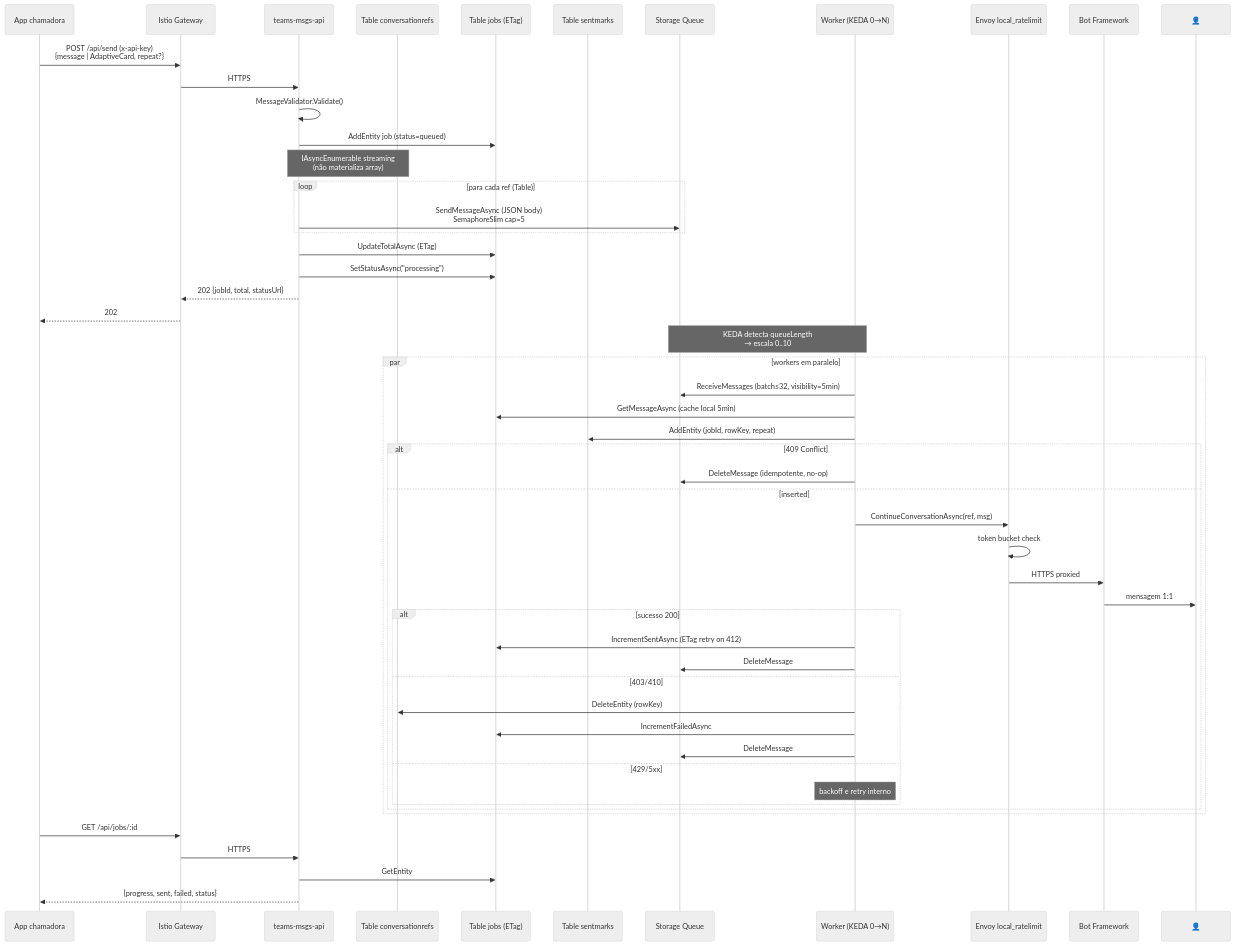
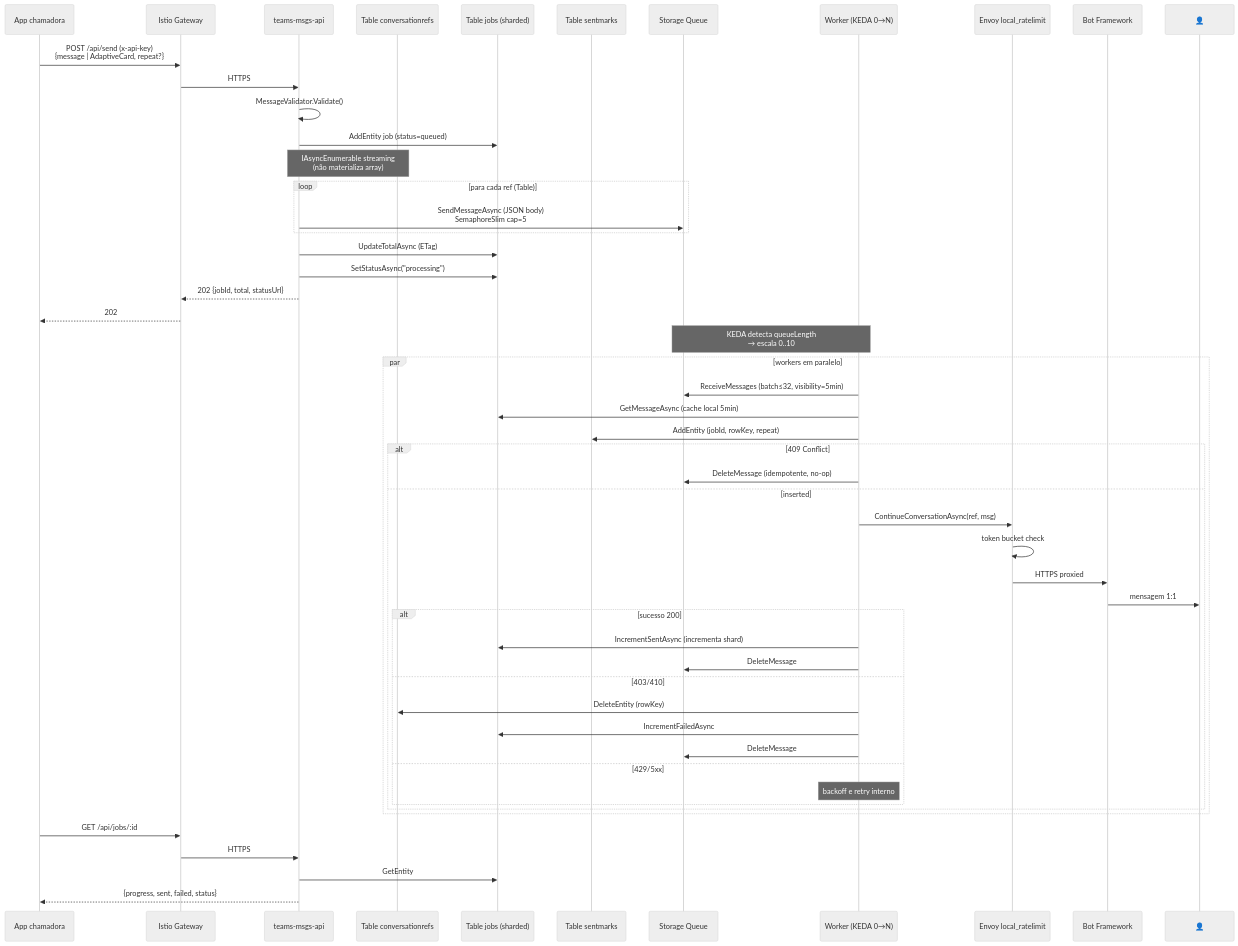
Before and after one commit to EdneiMonteiro/teams_msgs_dotnet: the fourth of 5 diagrams in README.md, drawn with Mermaid (neutral theme). The commit also changed other lines of this file and 1 other file, not shown here.

First line of the commit message:
docs: reflect sharded job counter + ephemeral nodes/shared ACR

````diff
--- a/README.md
+++ b/README.md
@@ -238,58 +238,58 @@
 ```mermaid
 sequenceDiagram
     participant Client as App chamadora
     participant GW as Istio Gateway
     participant API as teams-msgs-api
     participant Refs as Table conversationrefs
-    participant Jobs as Table jobs (ETag)
+    participant Jobs as Table jobs (sharded)
     participant Marks as Table sentmarks
     participant SQ as Storage Queue
     participant Worker as Worker (KEDA 0→N)
     participant Envoy as Envoy local_ratelimit
     participant Bot as Bot Framework
     participant User as 👤
 
     Client->>GW: POST /api/send (x-api-key)<br/>{message | AdaptiveCard, repeat?}
     GW->>API: HTTPS
     API->>API: MessageValidator.Validate()
     API->>Jobs: AddEntity job (status=queued)
     Note over API,Refs: IAsyncEnumerable streaming<br/>(não materializa array)
     loop para cada ref (Table)
         API->>SQ: SendMessageAsync (JSON body)<br/>SemaphoreSlim cap=5
     end
     API->>Jobs: UpdateTotalAsync (ETag)
     API->>Jobs: SetStatusAsync("processing")
     API-->>GW: 202 {jobId, total, statusUrl}
     GW-->>Client: 202
 
     Note over SQ,Worker: KEDA detecta queueLength<br/>→ escala 0..10
 
     par workers em paralelo
         Worker->>SQ: ReceiveMessages (batch≤32, visibility=5min)
         Worker->>Jobs: GetMessageAsync (cache local 5min)
         Worker->>Marks: AddEntity (jobId, rowKey, repeat)
         alt 409 Conflict
             Worker->>SQ: DeleteMessage (idempotente, no-op)
         else inserted
             Worker->>Envoy: ContinueConversationAsync(ref, msg)
             Envoy->>Envoy: token bucket check
             Envoy->>Bot: HTTPS proxied
             Bot->>User: mensagem 1:1
             alt sucesso 200
-                Worker->>Jobs: IncrementSentAsync (ETag retry on 412)
+                Worker->>Jobs: IncrementSentAsync (incrementa shard)
                 Worker->>SQ: DeleteMessage
             else 403/410
                 Worker->>Refs: DeleteEntity (rowKey)
                 Worker->>Jobs: IncrementFailedAsync
                 Worker->>SQ: DeleteMessage
             else 429/5xx
                 Note over Worker: backoff e retry interno
             end
         end
     end
 
     Client->>GW: GET /api/jobs/:id
     GW->>API: HTTPS
     API->>Jobs: GetEntity
     API-->>Client: {progress, sent, failed, status}
 ```
````
